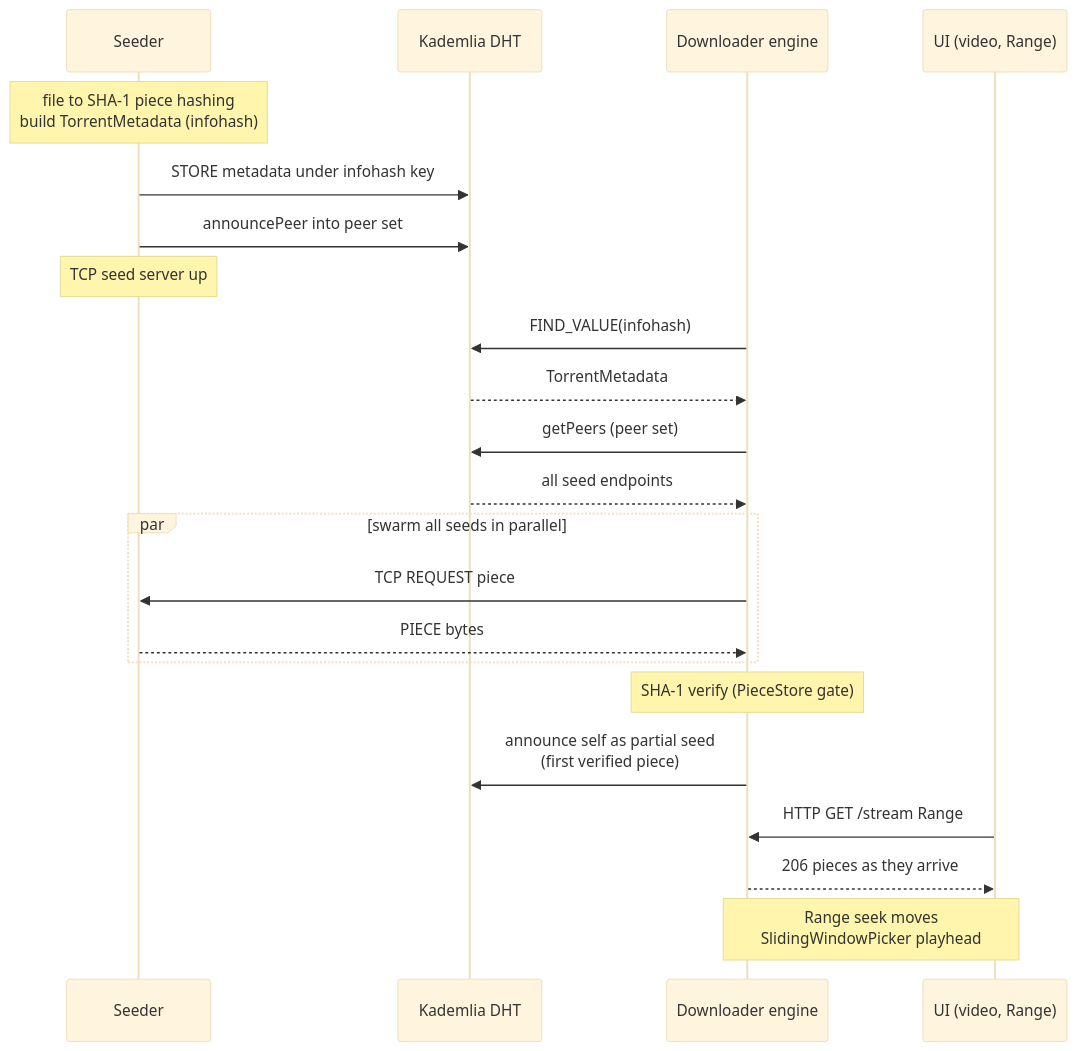
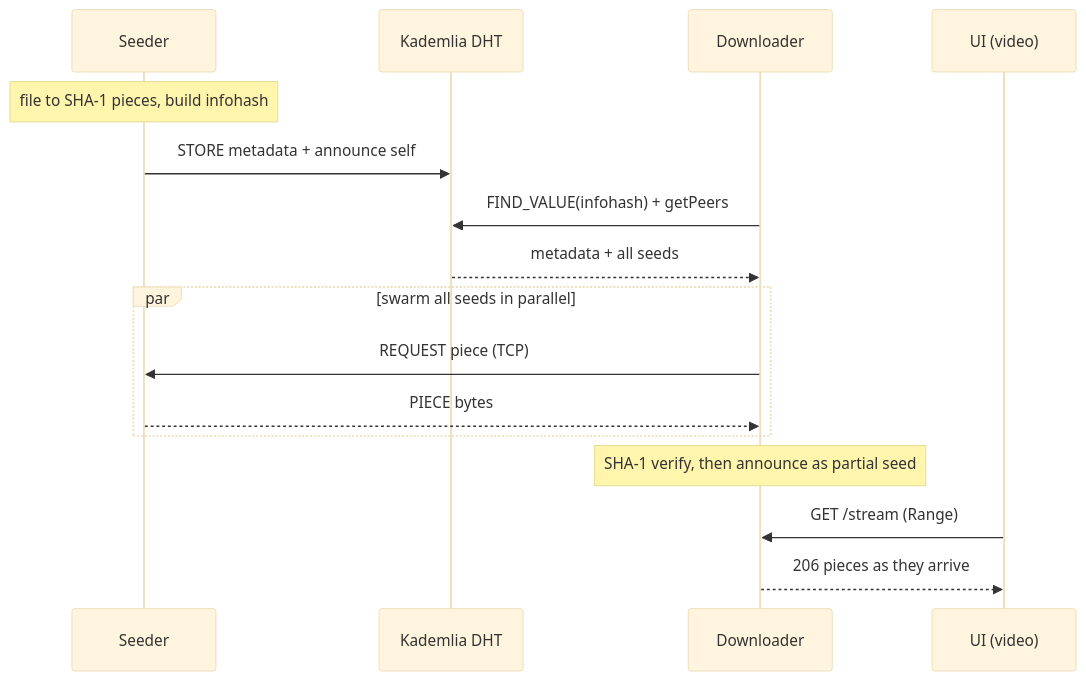
The diagram in README.md (vukasin-djuricic/weStream), drawn with Mermaid (base theme) before and after one commit. The commit also changed other lines of this file and 5 other files, not shown here.

````diff
--- a/README.md
+++ b/README.md
@@ -92,28 +27,19 @@
 ```mermaid
 sequenceDiagram
   participant S as Seeder
   participant DHT as Kademlia DHT
-  participant D as Downloader engine
-  participant U as UI (video, Range)
+  participant D as Downloader
+  participant U as UI (video)
 
-  Note over S: file to SHA-1 piece hashing<br/>build TorrentMetadata (infohash)
-  S->>DHT: STORE metadata under infohash key
-  S->>DHT: announcePeer into peer set
-  Note over S: TCP seed server up
-
-  D->>DHT: FIND_VALUE(infohash)
-  DHT-->>D: TorrentMetadata
-  D->>DHT: getPeers (peer set)
-  DHT-->>D: all seed endpoints
-
+  Note over S: file to SHA-1 pieces, build infohash
+  S->>DHT: STORE metadata + announce self
+  D->>DHT: FIND_VALUE(infohash) + getPeers
+  DHT-->>D: metadata + all seeds
   par swarm all seeds in parallel
-    D->>S: TCP REQUEST piece
+    D->>S: REQUEST piece (TCP)
     S-->>D: PIECE bytes
   end
-  Note over D: SHA-1 verify (PieceStore gate)
-  D->>DHT: announce self as partial seed<br/>(first verified piece)
-
-  U->>D: HTTP GET /stream Range
+  Note over D: SHA-1 verify, then announce as partial seed
+  U->>D: GET /stream (Range)
   D-->>U: 206 pieces as they arrive
-  Note over U,D: Range seek moves<br/>SlidingWindowPicker playhead
 ```
````
